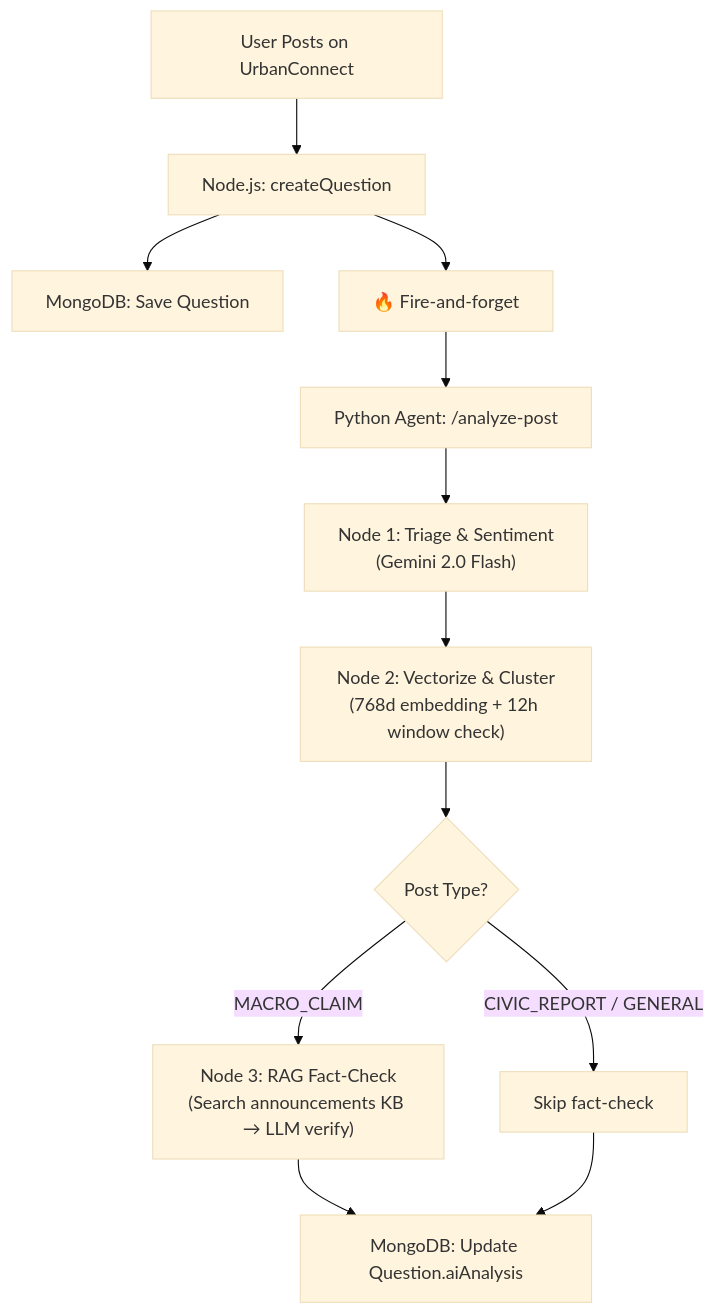
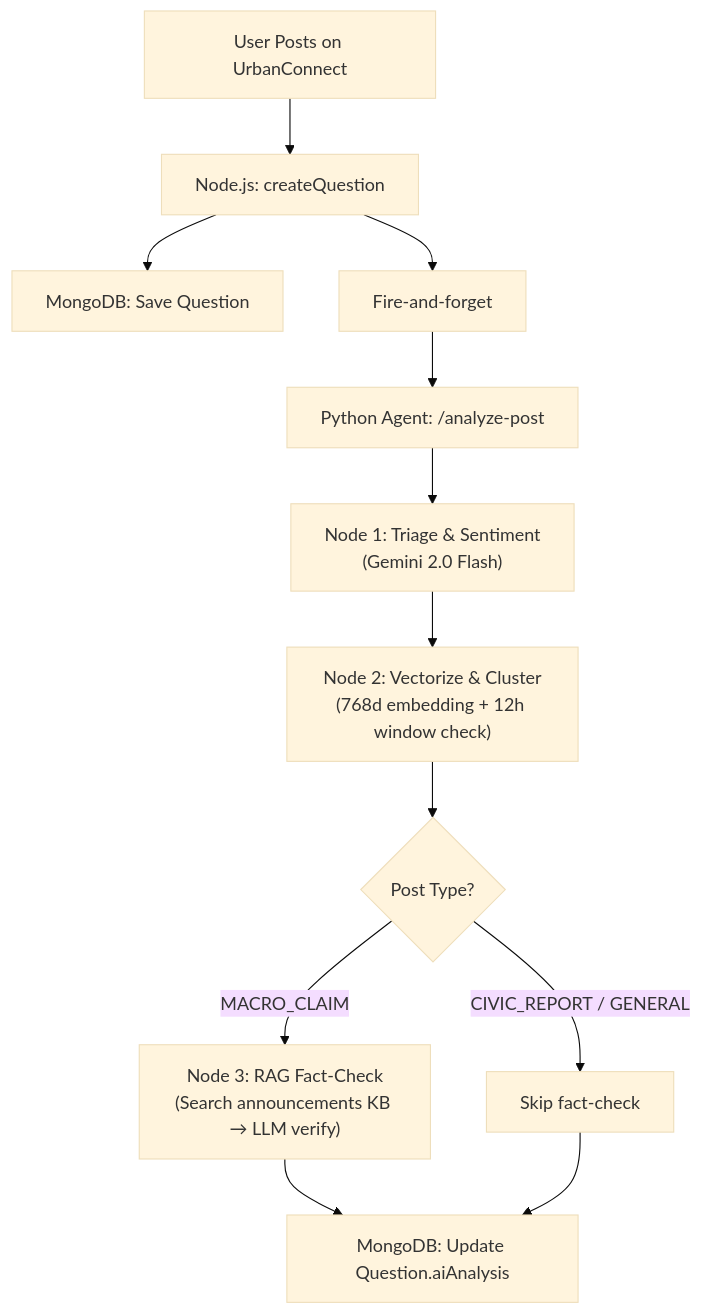
The fourth of 6 diagrams in README.md (Aryan0628/UrbanFlow), drawn with Mermaid (base theme) before and after one commit. The commit also changed other lines of this file and 3 other files, not shown here.

````diff
--- a/README.md
+++ b/README.md
@@ -205,14 +394,14 @@
 ```mermaid
 graph TD
     A[User Posts on UrbanConnect] --> B[Node.js: createQuestion]
     B --> C[MongoDB: Save Question]
-    B --> D["🔥 Fire-and-forget"]
+    B --> D["Fire-and-forget"]
     D --> E["Python Agent: /analyze-post"]
     E --> F["Node 1: Triage & Sentiment<br/>(Gemini 2.0 Flash)"]
     F --> G["Node 2: Vectorize & Cluster<br/>(768d embedding + 12h window check)"]
     G --> H{Post Type?}
     H -->|MACRO_CLAIM| I["Node 3: RAG Fact-Check<br/>(Search announcements KB → LLM verify)"]
     H -->|CIVIC_REPORT / GENERAL| J[Skip fact-check]
     I --> K[MongoDB: Update Question.aiAnalysis]
     J --> K
 ```
````
